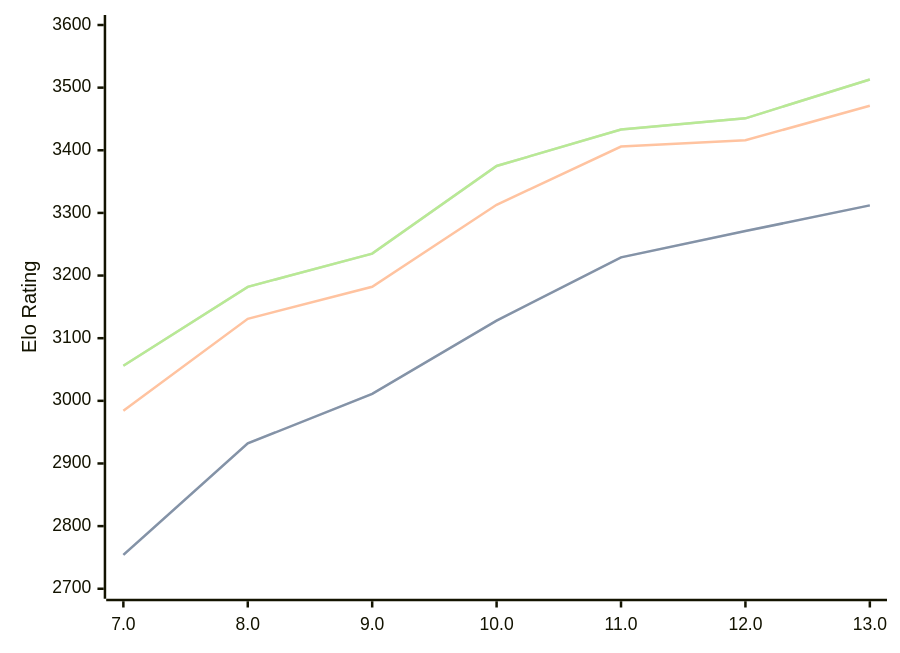
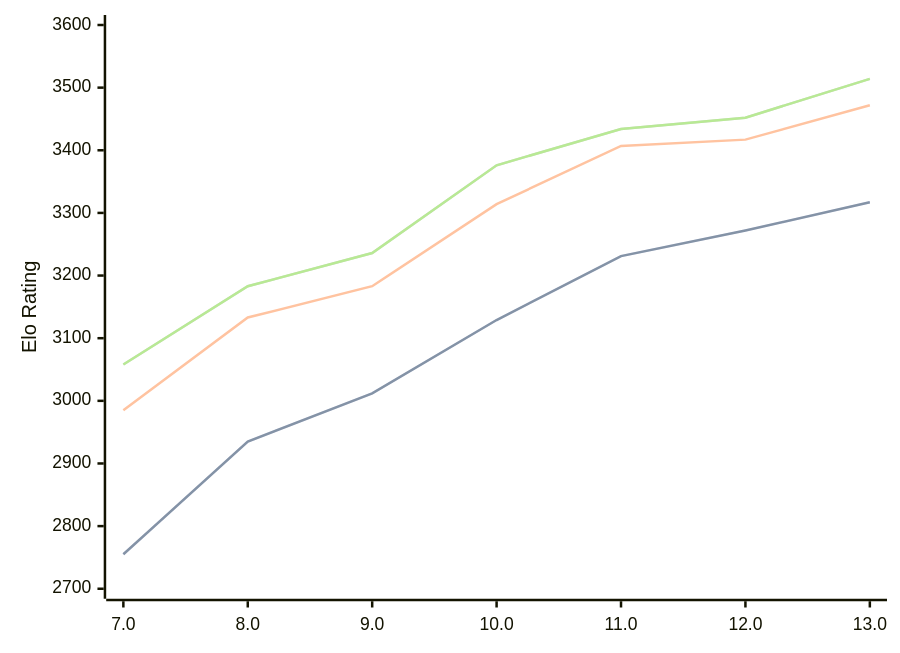
One commit to computer-chess-index/cci changed the diagram in engines/Tcheran.md. Above: the diagram before and after it, drawn with Mermaid. The commit also changed other lines of this file, not shown here.

Commit message:
Update CCI Ratings (ELO VLTC) - 2026-08-09

````diff
--- a/engines/Tcheran.md
+++ b/engines/Tcheran.md
@@ -37,11 +37,11 @@
 ```mermaid
 %%{init: {"theme":"base","themeVariables":{"seriesColors:['#a3a3a3','#222221','#faa371']}}}%%
 xychart-beta
   x-axis ["7.0", "8.0", "9.0", "10.0", "11.0", "12.0", "13.0"]
   y-axis "Elo Rating" 2700 --> 3600
-  line "STC (8.0+0.08s)" [2754, 2932, 3011, 3128, 3229, 3271, 3312]
-  line "STC (8.0+0.08s)" [2754, 2932, 3011, 3128, 3229, 3271, 3312]
-  line "LTC (60.0+0.60s)" [2984, 3131, 3182, 3313, 3406, 3416, 3471]
-  line "VLTC (2m24s+1.12s)" [3056, 3182, 3235, 3375, 3433, 3451, 3513]
-  line "VLTC (2m24s+1.12s)" [3056, 3182, 3235, 3375, 3433, 3451, 3513]
+  line "STC (8.0+0.08s)" [2755, 2935, 3012, 3129, 3231, 3272, 3317]
+  line "STC (8.0+0.08s)" [2755, 2935, 3012, 3129, 3231, 3272, 3317]
+  line "LTC (60.0+0.60s)" [2985, 3133, 3183, 3314, 3407, 3417, 3472]
+  line "VLTC (2m24s+1.12s)" [3058, 3183, 3236, 3376, 3434, 3452, 3514]
+  line "VLTC (2m24s+1.12s)" [3058, 3183, 3236, 3376, 3434, 3452, 3514]
 ```
````
